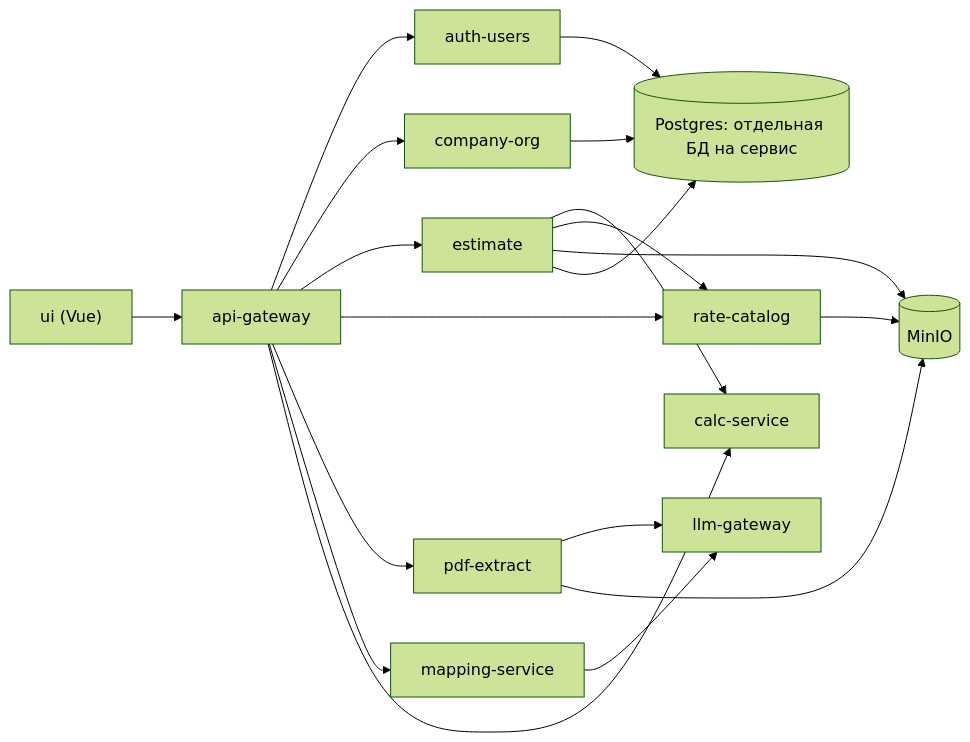
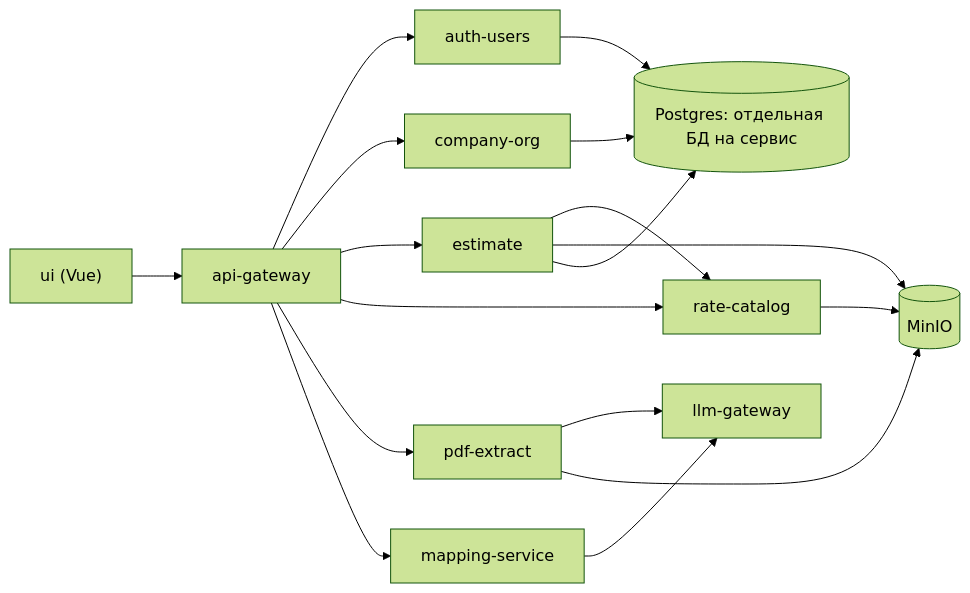
Before and after one commit to VicShved/smeta-core: the second of 2 diagrams in docs/architecture-spine.md, drawn with Mermaid (forest theme). The commit also changed other lines of this file and 10 other files, not shown here.

````diff
--- a/docs/architecture-spine.md
+++ b/docs/architecture-spine.md
@@ -156,21 +156,19 @@
 ```mermaid
 flowchart LR
   ui["ui (Vue)"] --> gw["api-gateway"]
   gw --> auth["auth-users"]
   gw --> org["company-org"]
   gw --> est["estimate"]
   gw --> cat["rate-catalog"]
   gw --> pdf["pdf-extract"]
   gw --> map["mapping-service"]
-  gw --> calc["calc-service"]
   pdf --> llm["llm-gateway"]
   map --> llm
-  est --> calc
   est --> cat
   est --> s3[("MinIO")]
   pdf --> s3
   cat --> s3
   org --> pg[("Postgres: отдельная БД на сервис")]
   auth --> pg
   est --> pg
 ```
````
